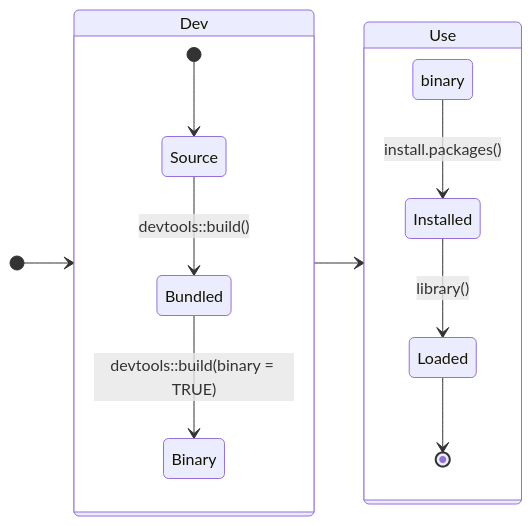
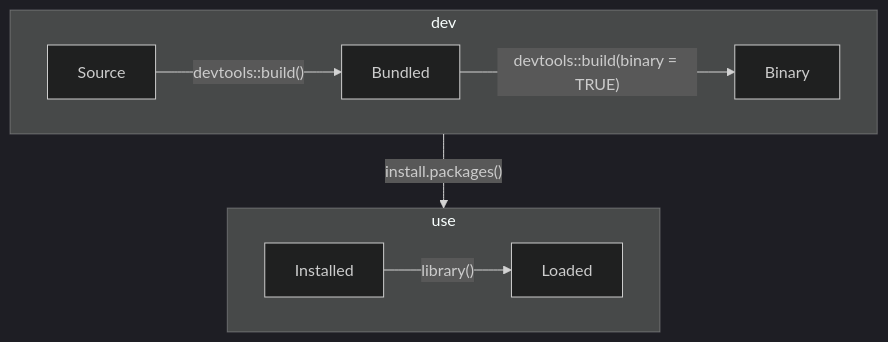
Before and after one commit to rstats-wtf/wtf-personal-radmin-slides: the second of 4 diagrams in index.qmd, drawn with Mermaid. The commit also changed other lines of this file, not shown here.

Commit message:
mermaid dark mode, state machine --> flowchart

````diff
--- a/index.qmd
+++ b/index.qmd
@@ -460,16 +461,14 @@
 ```{mermaid}
-stateDiagram-v2
+%%{init: {"theme": "dark" } }%%
+flowchart TD
+subgraph dev
+  direction LR
+Source -- "devtools::build()" --> Bundled
+Bundled -- "devtools::build(binary = TRUE)"--> Binary 
+end
+subgraph use
 direction LR
-[*] --> Dev
-Dev --> Use
-state Dev {
-  [*] --> Source
-  Source --> Bundled: devtools#58;#58;build()
-  Bundled --> Binary: devtools#58;#58;build(binary = TRUE)
-}
-state Use {
-  binary --> Installed: install.packages()
-  Installed --> Loaded: library()
-  Loaded --> [*]
-}
+Binary --"install.packages()"--> Installed 
+Installed --"library()"--> Loaded 
+end
 ```
````
